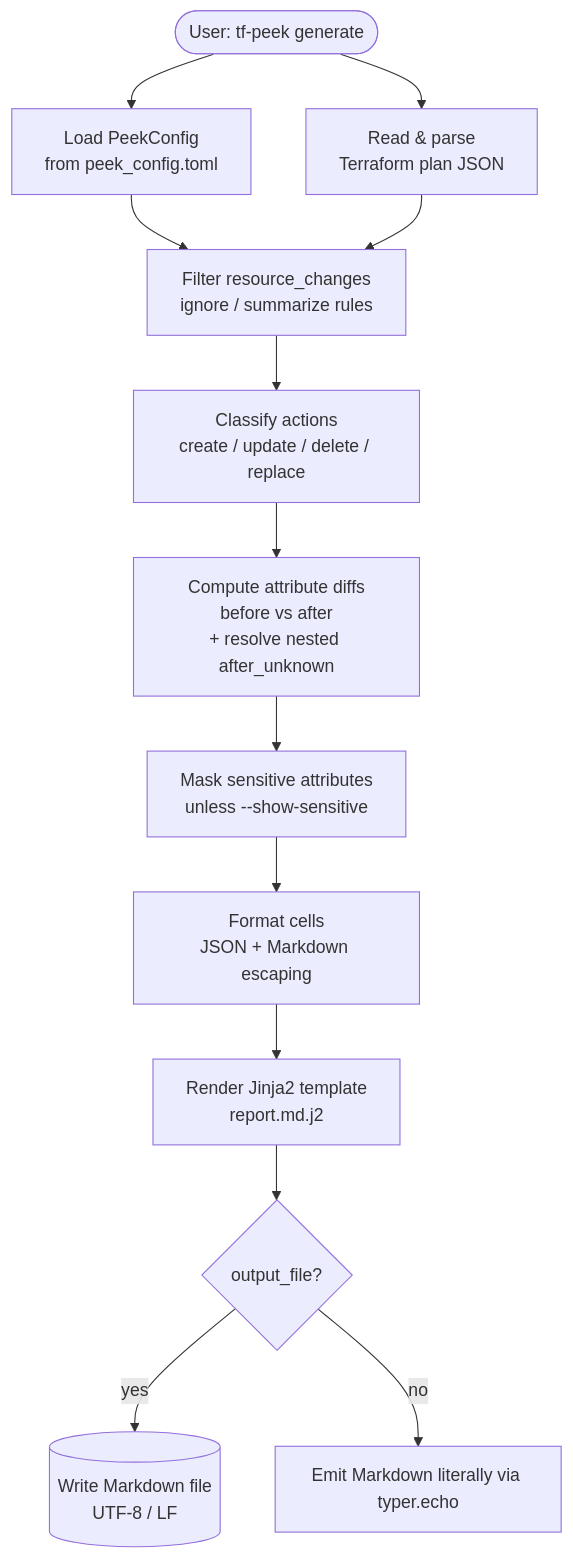
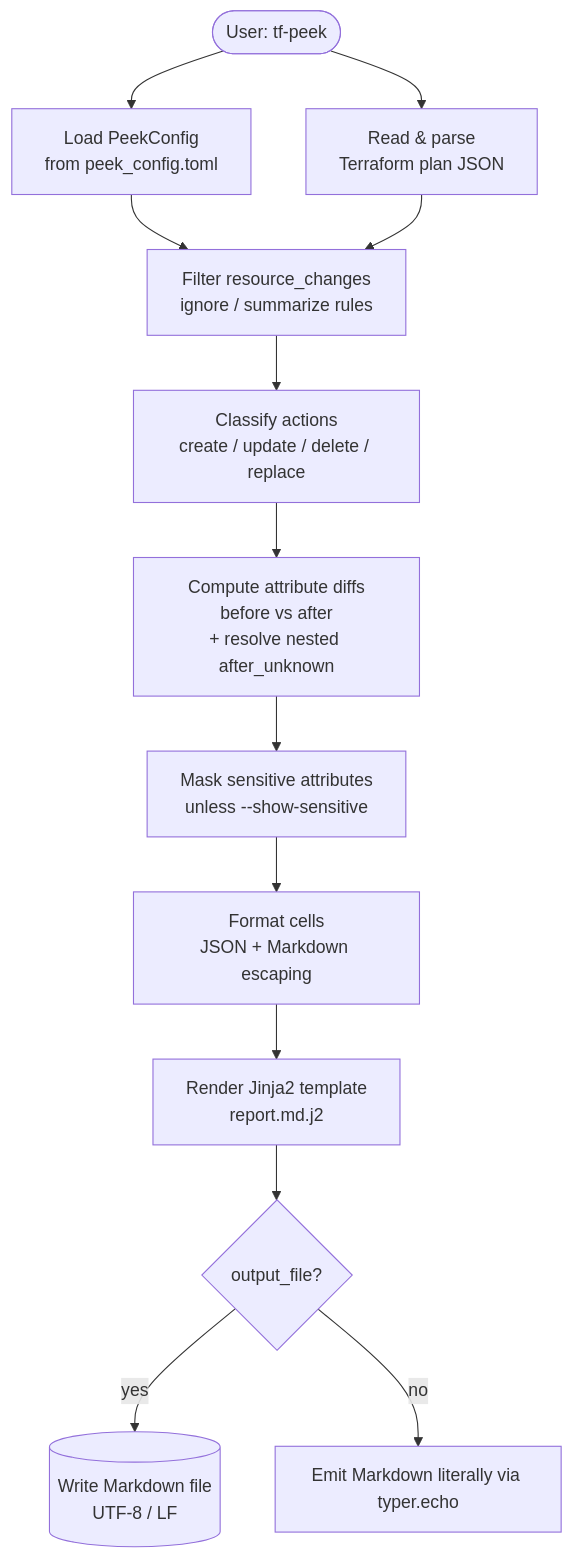
One commit to looztra/tf-peek changed the first of 2 diagrams in docs/architecture/03-endpoints-and-dependencies.md. Above: the diagram before and after it, drawn with Mermaid. The commit also changed other lines of this file and 5 other files, not shown here.

````diff
--- a/docs/architecture/03-endpoints-and-dependencies.md
+++ b/docs/architecture/03-endpoints-and-dependencies.md
@@ -20,15 +20,15 @@
 ```mermaid
 flowchart TD
-    A([User: tf-peek generate]) --> B[Load PeekConfig\nfrom peek_config.toml]
+    A([User: tf-peek]) --> B[Load PeekConfig\nfrom peek_config.toml]
     A --> C[Read & parse\nTerraform plan JSON]
     B --> D[Filter resource_changes\nignore / summarize rules]
     C --> D
     D --> E[Classify actions\ncreate / update / delete / replace]
     E --> F[Compute attribute diffs\nbefore vs after\n+ resolve nested after_unknown]
     F --> F2[Mask sensitive attributes\nunless --show-sensitive]
     F2 --> F3[Format cells\nJSON + Markdown escaping]
     F3 --> G[Render Jinja2 template\nreport.md.j2]
     G --> H{output_file?}
     H -- yes --> I[(Write Markdown file\nUTF-8 / LF)]
     H -- no --> J[Emit Markdown literally via typer.echo]
 ```
````
